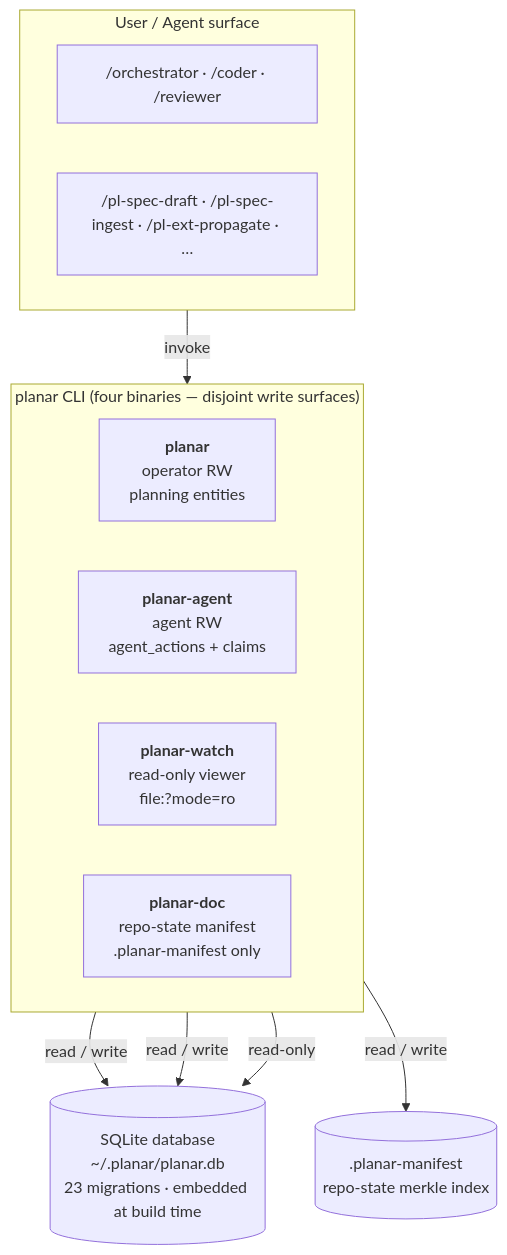
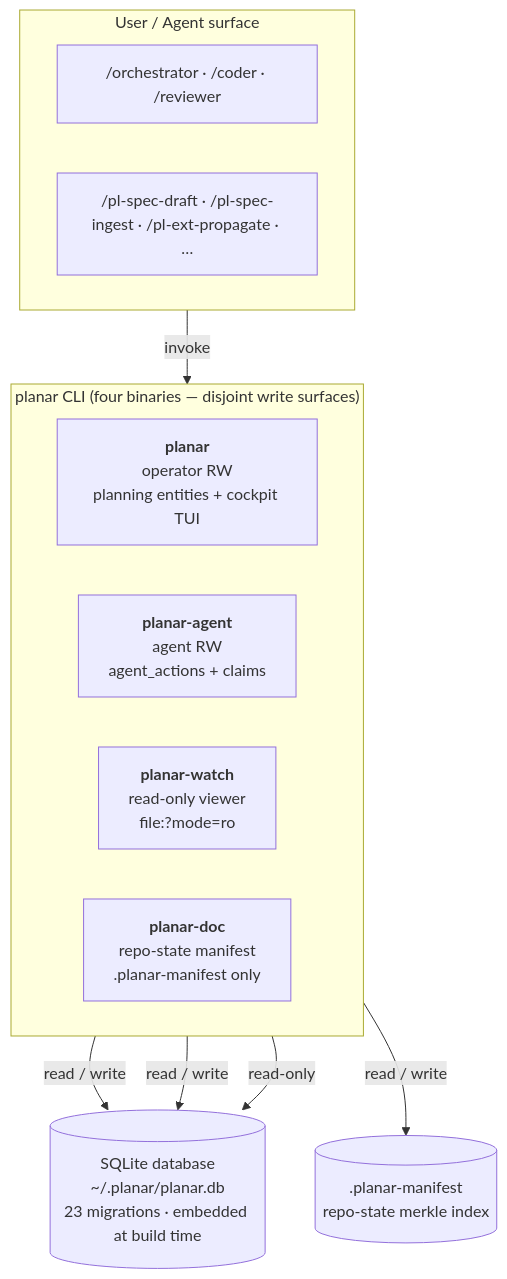
The first of 2 diagrams in docs/architecture.md (rdrsss/planar), drawn with Mermaid before and after one commit. The commit also changed other lines of this file and 4 other files, not shown here.

First line of the commit message:
docs(planar-explore): M19 document the cockpit + bare-invocation scenario (tasks 4051-4052)

````diff
--- a/docs/architecture.md
+++ b/docs/architecture.md
@@ -11,25 +11,25 @@
 ```mermaid
 flowchart TD
     subgraph Surface["User / Agent surface"]
         direction LR
         S1["/orchestrator · /coder · /reviewer"]
         S2["/pl-spec-draft · /pl-spec-ingest · /pl-ext-propagate · …"]
     end
 
     subgraph Binaries["planar CLI (four binaries — disjoint write surfaces)"]
         direction LR
-        B1["<b>planar</b><br/>operator RW<br/>planning entities"]
+        B1["<b>planar</b><br/>operator RW<br/>planning entities + cockpit TUI"]
         B2["<b>planar-agent</b><br/>agent RW<br/>agent_actions + claims"]
         B3["<b>planar-watch</b><br/>read-only viewer<br/>file:?mode=ro"]
         B4["<b>planar-doc</b><br/>repo-state manifest<br/>.planar-manifest only"]
     end
 
     DB[("SQLite database<br/>~/.planar/planar.db<br/>23 migrations · embedded at build time")]
     MF[(".planar-manifest<br/>repo-state merkle index")]
 
     Surface -->|invoke| Binaries
     B1 -->|read / write| DB
     B2 -->|read / write| DB
     B3 -->|read-only| DB
     B4 -->|read / write| MF
 ```
````
